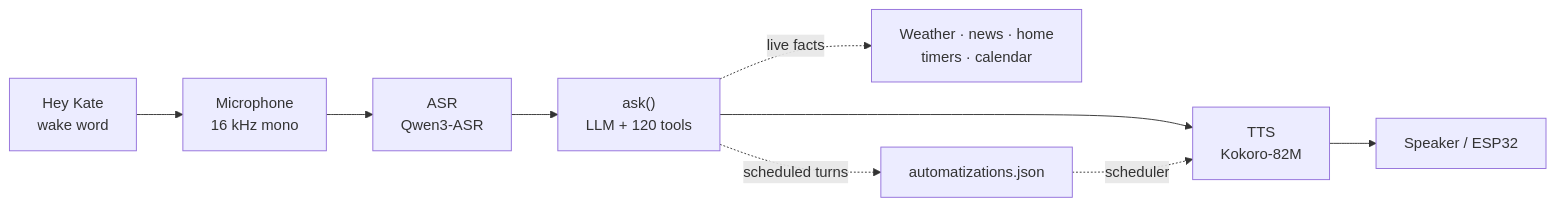
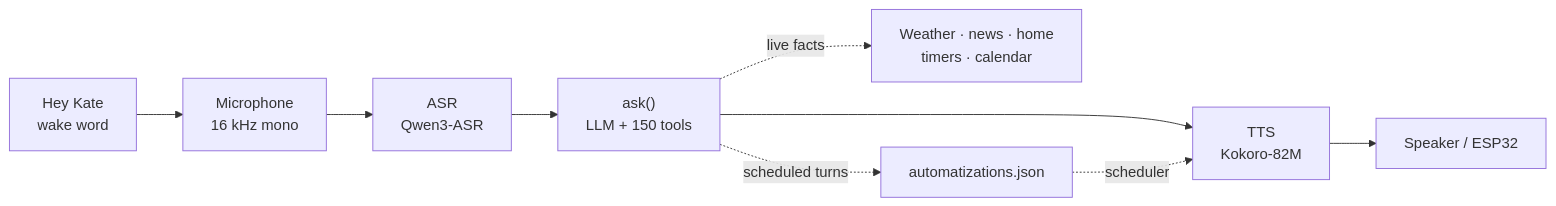
The first of 2 diagrams in README.md (conzola/kate), drawn with Mermaid before and after one commit. The commit also changed other lines of this file, not shown here.

````diff
--- a/README.md
+++ b/README.md
@@ -85,11 +85,11 @@
 ```mermaid
 flowchart LR
     W["Hey Kate<br/>wake word"] --> M["Microphone<br/>16 kHz mono"]
     M --> A["ASR<br/>Qwen3-ASR"]
-    A --> L["ask()<br/>LLM + 120 tools"]
+    A --> L["ask()<br/>LLM + 150 tools"]
     L --> T["TTS<br/>Kokoro-82M"]
     T --> S["Speaker / ESP32"]
     L -. "live facts" .-> X["Weather · news · home<br/>timers · calendar"]
     L -. "scheduled turns" .-> B["automatizations.json"]
     B -. "scheduler" .-> T
 ```
````
